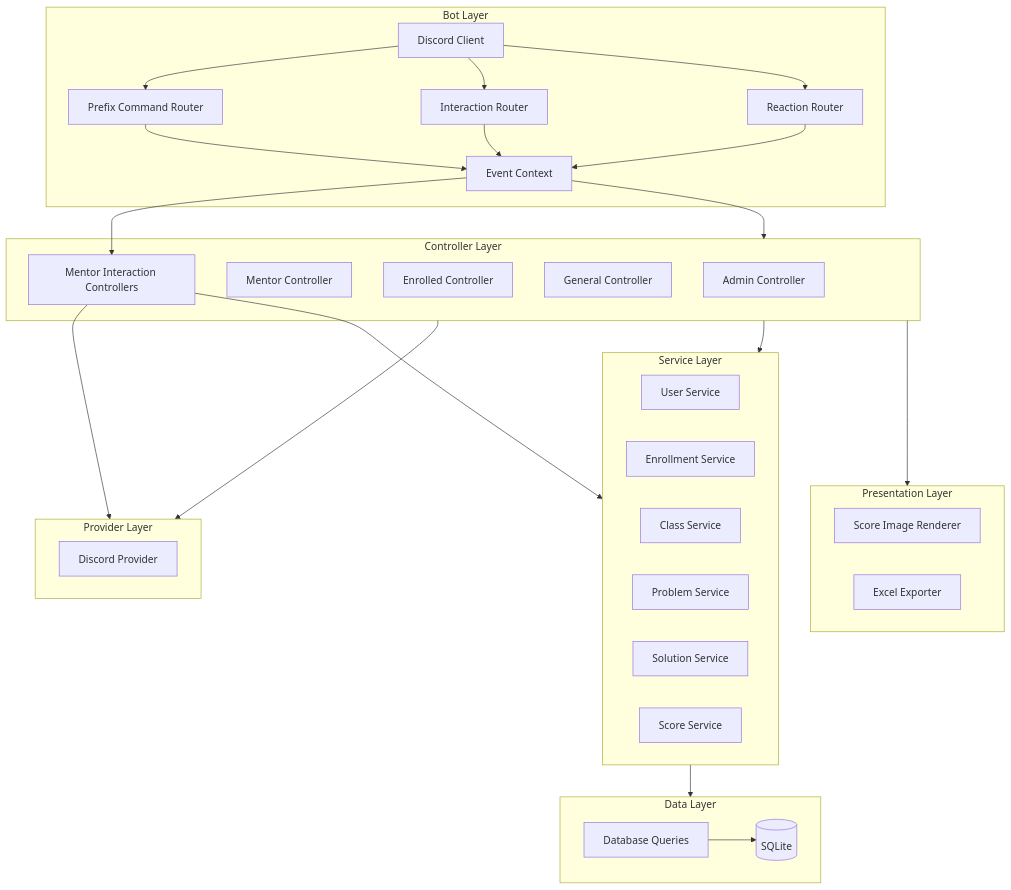
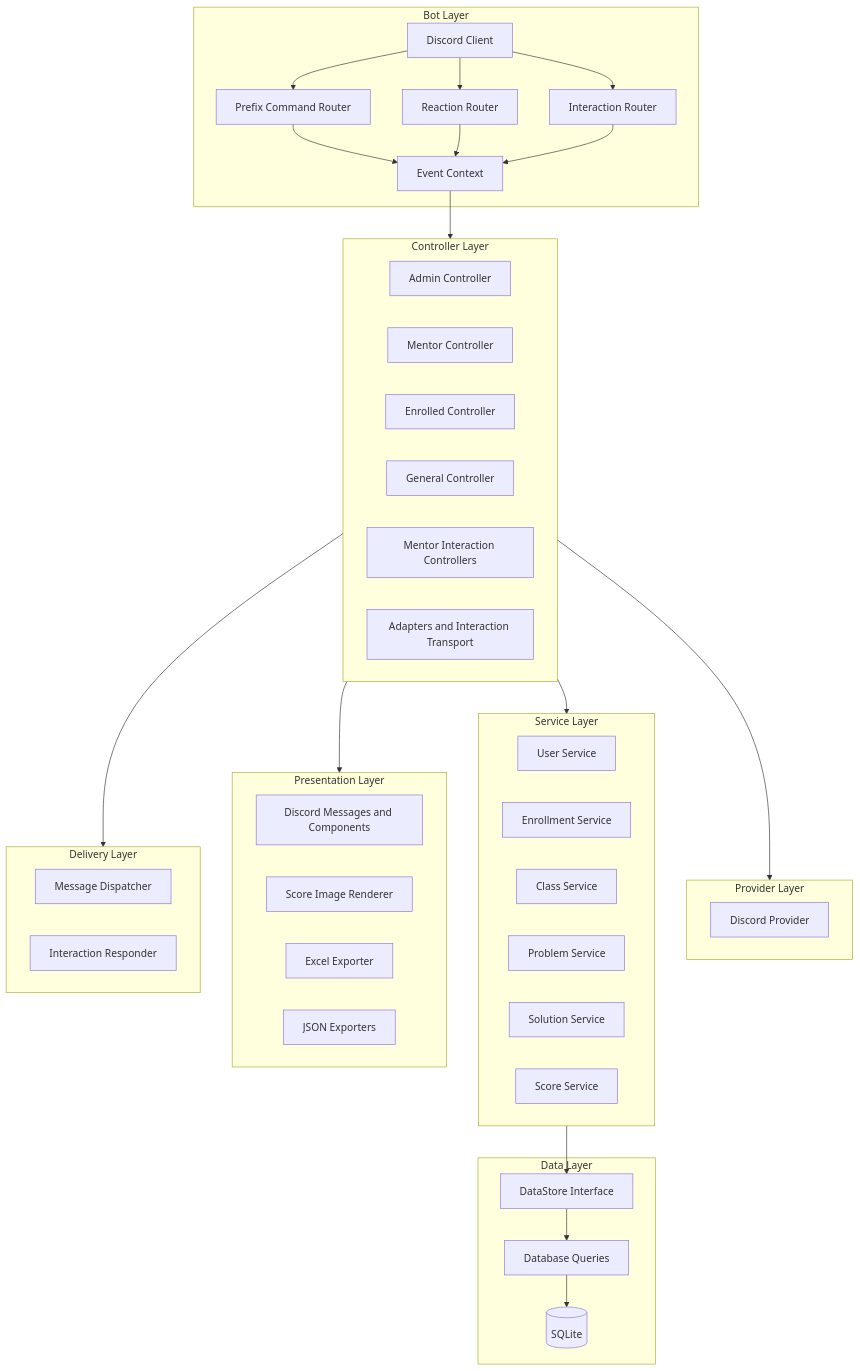
Before and after one commit to JorgeIba/Hurion: the first of 2 diagrams in docs/ARCHITECTURE.md, drawn with Mermaid. The commit also changed other lines of this file and 37 other files, not shown here.

````diff
--- a/docs/ARCHITECTURE.md
+++ b/docs/ARCHITECTURE.md
@@ -27,60 +27,68 @@
 ```mermaid
 graph TB
     subgraph BotLayer["Bot Layer"]
         Discord[Discord Client]
         Prefix[Prefix Command Router]
         Interactions[Interaction Router]
         Reactions[Reaction Router]
         Context[Event Context]
     end
 
     subgraph ControllerLayer["Controller Layer"]
         AdminCtrl[Admin Controller]
         MentorCtrl[Mentor Controller]
         EnrolledCtrl[Enrolled Controller]
         GeneralCtrl[General Controller]
         MentorInteractions[Mentor Interaction Controllers]
+        TransportAdapters[Adapters and Interaction Transport]
     end
 
     subgraph ProviderLayer["Provider Layer"]
         DiscordProvider[Discord Provider]
     end
 
     subgraph ServiceLayer["Service Layer"]
         UserService[User Service]
         EnrollmentService[Enrollment Service]
         ClassService[Class Service]
         ProblemService[Problem Service]
         SolutionService[Solution Service]
         ScoreService[Score Service]
     end
 
     subgraph DataLayer["Data Layer"]
+        DataStore[DataStore Interface]
         Queries[Database Queries]
         DB[(SQLite)]
     end
 
     subgraph PresentationLayer["Presentation Layer"]
+        DiscordPresentation[Discord Messages and Components]
         ImageRenderer[Score Image Renderer]
         Excelizer[Excel Exporter]
+        JSONExport[JSON Exporters]
+    end
+
+    subgraph DeliveryLayer["Delivery Layer"]
+        Dispatcher[Message Dispatcher]
+        InteractionResponder[Interaction Responder]
     end
 
     %% Internal connections
     Discord --> Prefix
     Discord --> Interactions
     Discord --> Reactions
+    DataStore --> Queries
     Queries --> DB
 
     %% Flow between layers
     Prefix --> Context
     Reactions --> Context
     Interactions --> Context
     Context --> ControllerLayer
-    Context --> MentorInteractions
-    MentorInteractions --> ProviderLayer
-    MentorInteractions --> ServiceLayer
     ControllerLayer --> ProviderLayer
     ControllerLayer --> ServiceLayer
     ControllerLayer --> PresentationLayer
-    ServiceLayer --> DataLayer
+    ControllerLayer --> DeliveryLayer
+    ServiceLayer --> DataStore
 ```
````
